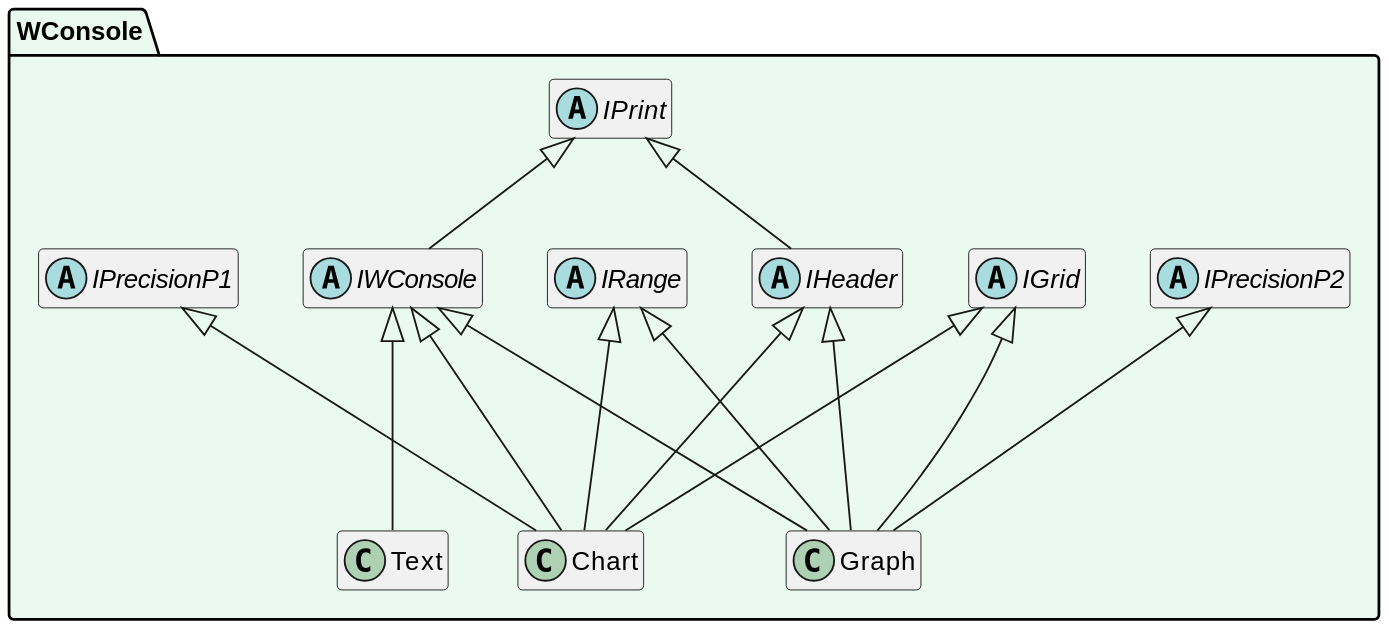
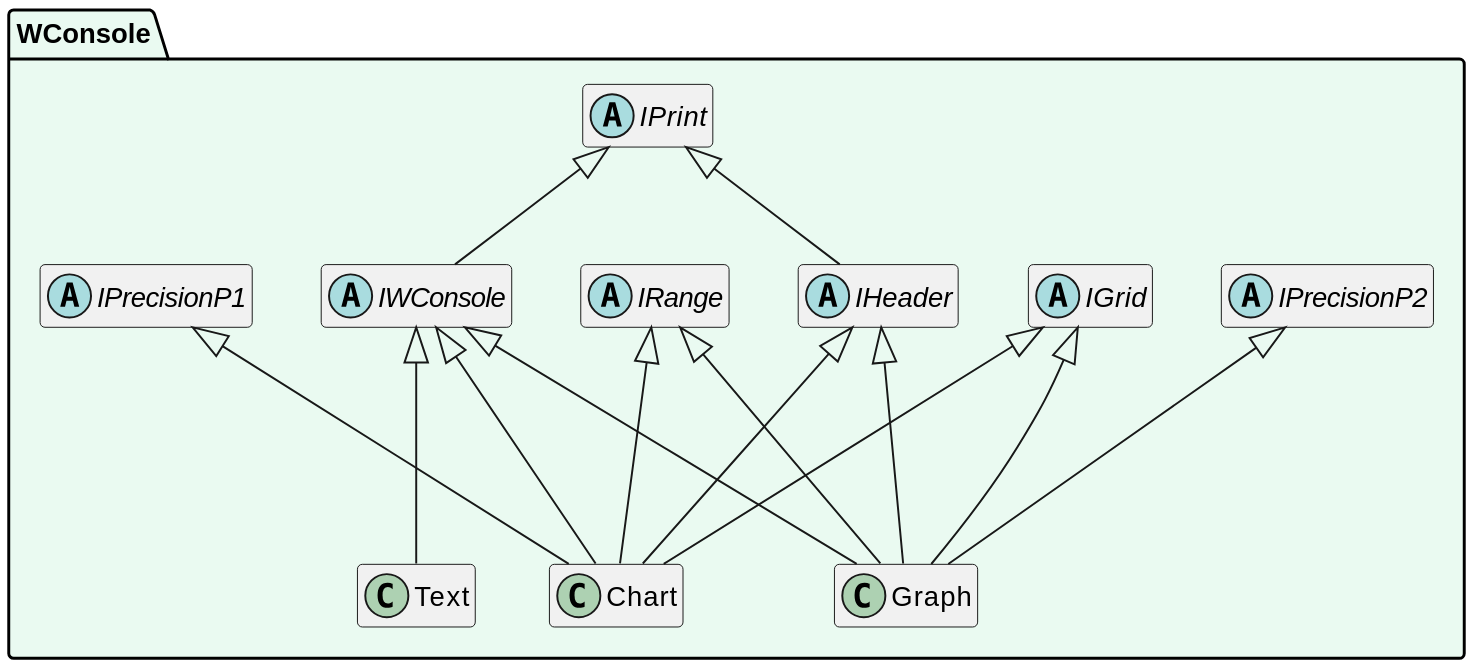
The diagram in doc/UMLClass.md (SergioStopkin/WideConsole), drawn with PlantUML before and after one commit.

Commit message:
Test some styles

````diff
--- a/doc/UMLClass.md
+++ b/doc/UMLClass.md
@@ -1,41 +1,41 @@
 ```plantuml
 @startuml
 
-scale 1600 width
+scale 1700 width
 
 hide empty members
 
 namespace WConsole #EAFAF1 {
 
 abstract class IGrid
 abstract class IHeader
 abstract class IPrecisionP1
 abstract class IPrecisionP2
 abstract class IPrint
 abstract class IRange
 abstract class IWConsole
 class Chart
 class Graph
 class Text
 
 IPrint <|-- IHeader
 IPrint <|-- IWConsole
 
 IWConsole    <|--- Chart
 IHeader      <|--- Chart
 IPrecisionP1 <|---  Chart
 IRange       <|---  Chart
 IGrid        <|---  Chart
 
 IWConsole    <|--- Graph
 IHeader      <|--- Graph
 IPrecisionP2 <|---  Graph
 IRange       <|---  Graph
 IGrid        <|---  Graph
 
 IWConsole <|--- Text
 
 }
 
 @enduml
 ```
````
